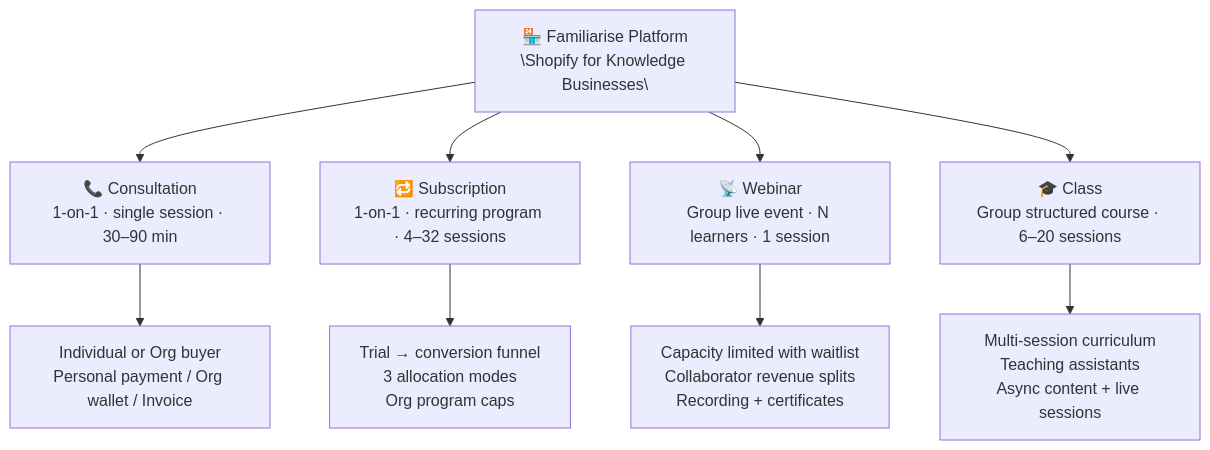
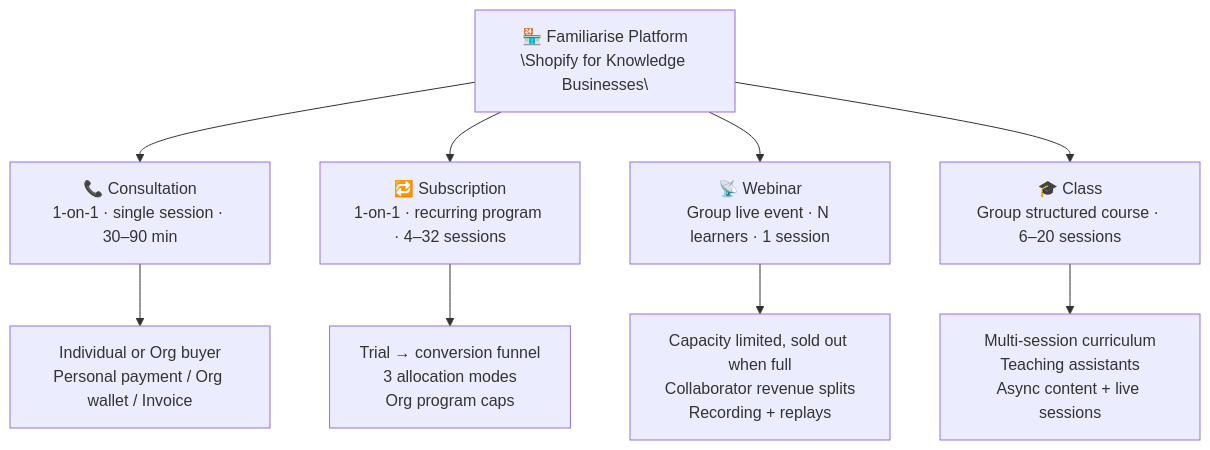
The first of 17 diagrams in docs/architecture/product-flow-map.md (Practitionist/familiarise_web), drawn with Mermaid before and after one commit. The commit also changed other lines of this file and 4 other files, not shown here.

````diff
--- a/docs/architecture/product-flow-map.md
+++ b/docs/architecture/product-flow-map.md
@@ -11,14 +11,14 @@
 ```mermaid
 flowchart TD
     Platform["🏪 Familiarise Platform\n\"Shopify for Knowledge Businesses\""]
 
     Platform --> C["📞 Consultation\n1-on-1 · single session · 30–90 min"]
     Platform --> S["🔁 Subscription\n1-on-1 · recurring program · 4–32 sessions"]
     Platform --> W["📡 Webinar\nGroup live event · N learners · 1 session"]
     Platform --> CL["🎓 Class\nGroup structured course · 6–20 sessions"]
 
     C --> C1["Individual or Org buyer\nPersonal payment / Org wallet / Invoice"]
     S --> S1["Trial → conversion funnel\n3 allocation modes\nOrg program caps"]
-    W --> W1["Capacity limited with waitlist\nCollaborator revenue splits\nRecording + certificates"]
+    W --> W1["Capacity limited, sold out when full\nCollaborator revenue splits\nRecording + replays"]
     CL --> CL1["Multi-session curriculum\nTeaching assistants\nAsync content + live sessions"]
 ```
````
